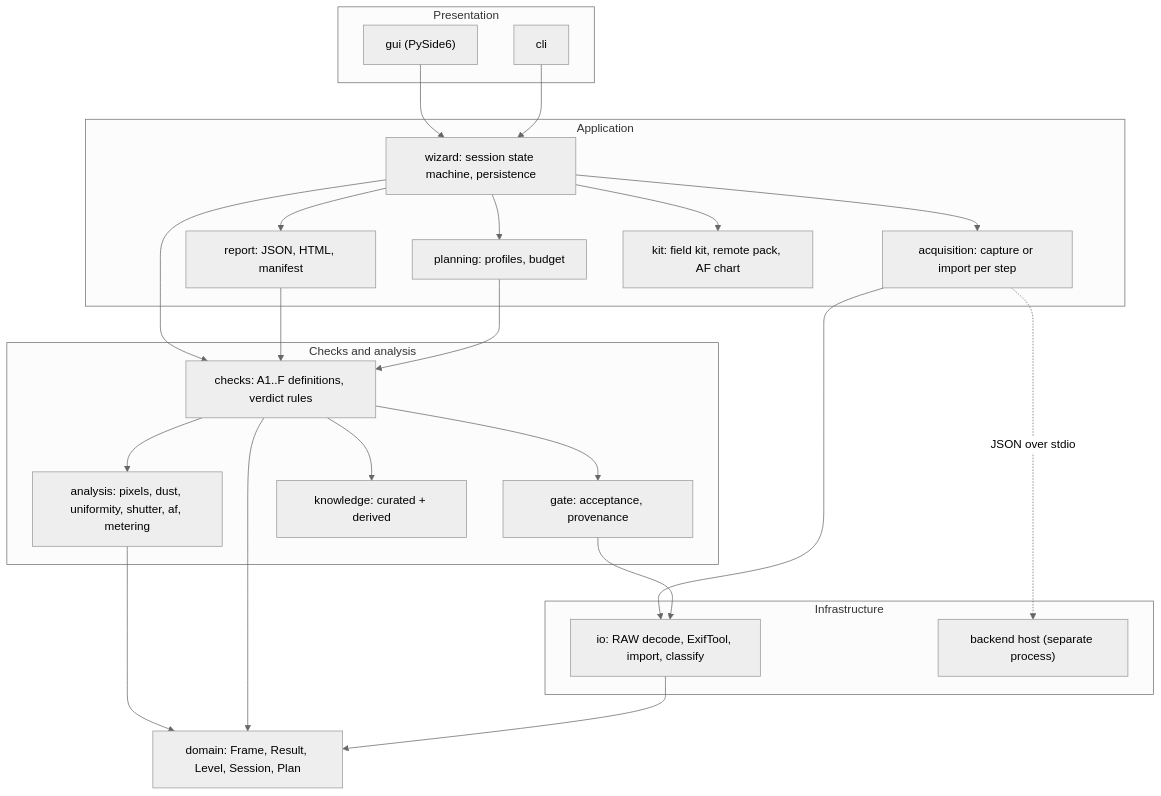
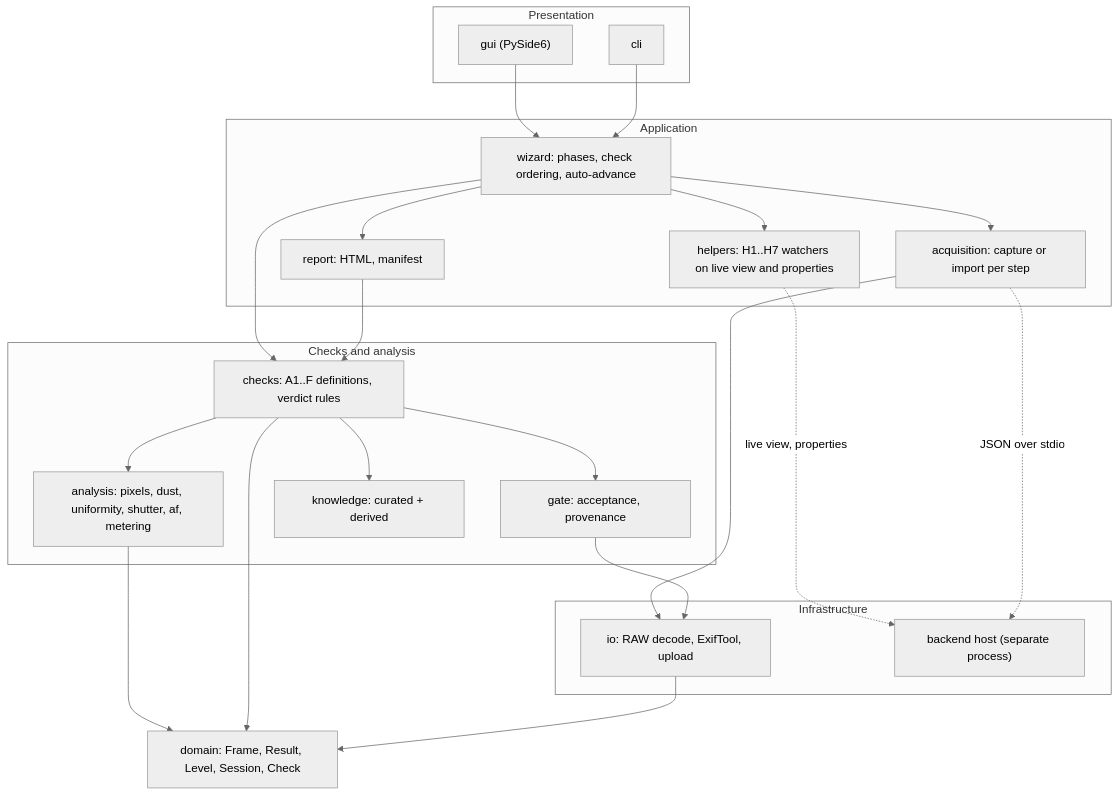
Before and after one commit to tiennnict/camera-preflight: the first of 2 diagrams in docs/ARCHITECTURE.md, drawn with Mermaid (neutral theme). The commit also changed other lines of this file and 2 other files, not shown here.

First line of the commit message:
docs: revise roadmap and architecture for connected and upload modes, helpers and SDK adapters

````diff
--- a/docs/ARCHITECTURE.md
+++ b/docs/ARCHITECTURE.md
@@ -85,39 +86,38 @@
 ```mermaid
 flowchart TB
   subgraph UI["Presentation"]
     GUI["gui (PySide6)"]
     CLI["cli"]
   end
   subgraph APP["Application"]
-    WIZ["wizard: session state machine, persistence"]
-    PLN["planning: profiles, budget"]
+    WIZ["wizard: phases, check ordering, auto-advance"]
+    HLP["helpers: H1..H7 watchers on live view and properties"]
     ACQ["acquisition: capture or import per step"]
-    REP["report: JSON, HTML, manifest"]
-    KIT["kit: field kit, remote pack, AF chart"]
+    REP["report: HTML, manifest"]
   end
   subgraph DOMAIN["Checks and analysis"]
     CHK["checks: A1..F definitions, verdict rules"]
     GATE["gate: acceptance, provenance"]
     ANA["analysis: pixels, dust, uniformity, shutter, af, metering"]
     KB["knowledge: curated + derived"]
   end
   subgraph INFRA["Infrastructure"]
-    IO["io: RAW decode, ExifTool, import, classify"]
+    IO["io: RAW decode, ExifTool, upload"]
     BH["backend host (separate process)"]
   end
-  CORE["domain: Frame, Result, Level, Session, Plan"]
+  CORE["domain: Frame, Result, Level, Session, Check"]
 
   GUI --> WIZ
   CLI --> WIZ
-  WIZ --> PLN & ACQ & REP & KIT
+  WIZ --> ACQ & REP & HLP
+  HLP -. live view, properties .-> BH
   ACQ --> IO
   ACQ -. JSON over stdio .-> BH
   WIZ --> CHK
   CHK --> GATE & ANA & KB
   GATE --> IO
   REP --> CHK
-  PLN --> CHK
   ANA --> CORE
   CHK --> CORE
   IO --> CORE
 ```
````
